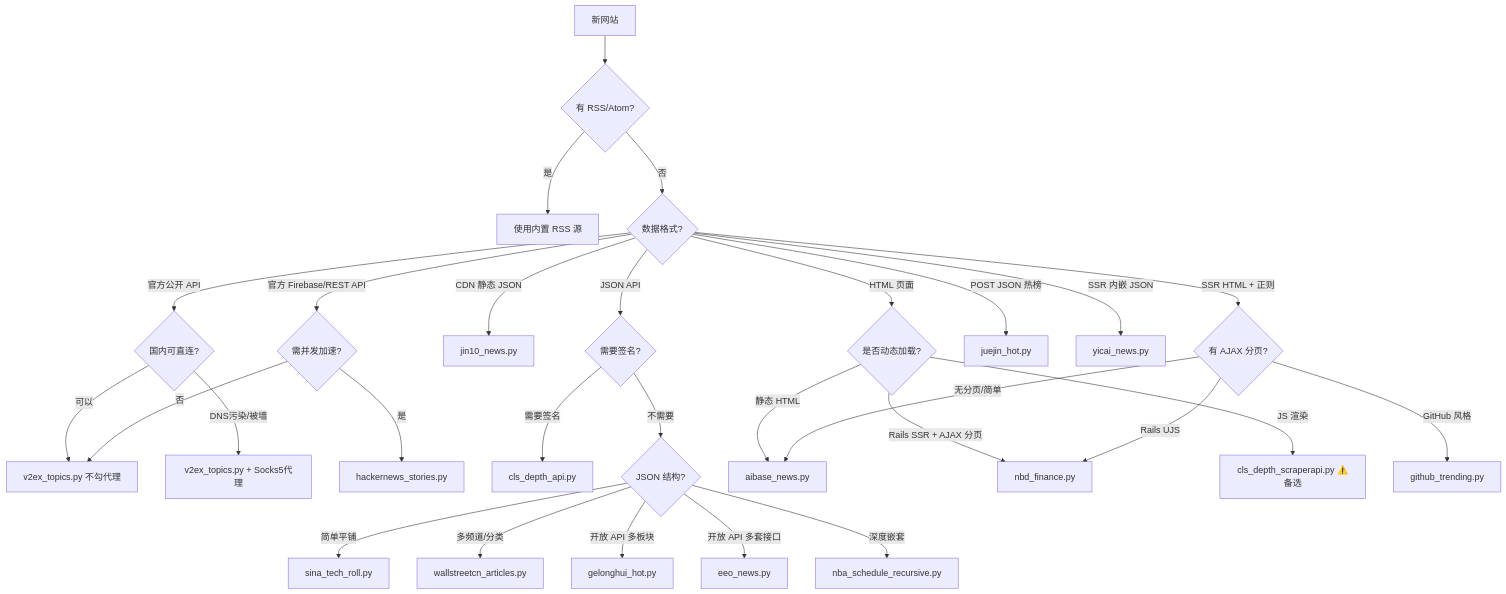
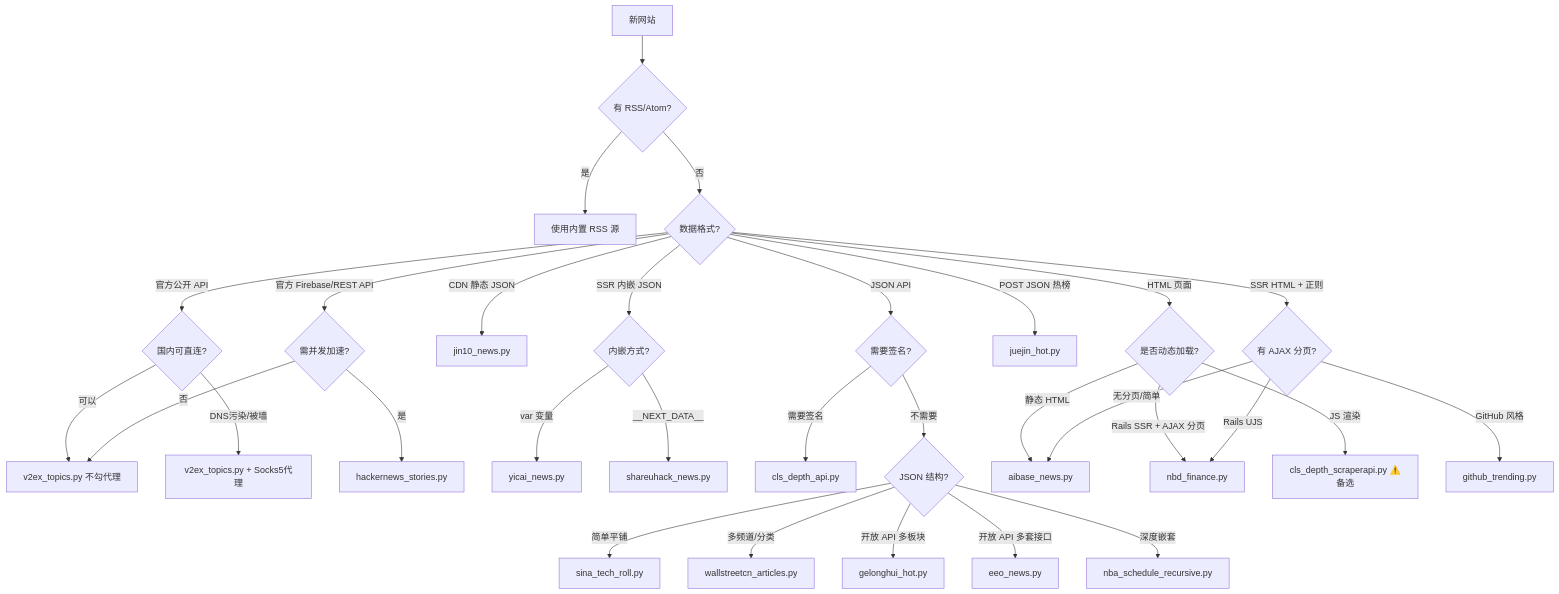
One commit to sundt/TrendRadar-Plus changed the diagram in .agent/skills/project/create-scraper/create-scraper-SKILL.md. Above: the diagram before and after it, drawn with Mermaid. The commit also changed other lines of this file and 6 other files, not shown here.

````diff
--- a/.agent/skills/project/create-scraper/create-scraper-SKILL.md
+++ b/.agent/skills/project/create-scraper/create-scraper-SKILL.md
@@ -63,31 +65,33 @@
 ```mermaid
 flowchart TD
     Start[新网站] --> Q0{有 RSS/Atom?}
     Q0 -->|是| RSS[使用内置 RSS 源]
     Q0 -->|否| Q1{数据格式?}
     Q1 -->|JSON API| Q2{需要签名?}
     Q1 -->|HTML 页面| Q3{是否动态加载?}
     Q1 -->|CDN 静态 JSON| E6[jin10_news.py]
     Q1 -->|官方公开 API| Q5{国内可直连?}
     Q5 -->|可以| E7[v2ex_topics.py 不勾代理]
     Q5 -->|DNS污染/被墙| E7b[v2ex_topics.py + Socks5代理]
     Q1 -->|官方 Firebase/REST API| Q6{需并发加速?}
     Q6 -->|是| E10[hackernews_stories.py]
     Q6 -->|否| E7
     Q1 -->|POST JSON 热榜| E11[juejin_hot.py]
-    Q1 -->|SSR 内嵌 JSON| E15[yicai_news.py]
+    Q1 -->|SSR 内嵌 JSON| Q8{内嵌方式?}
+    Q8 -->|var 变量| E15[yicai_news.py]
+    Q8 -->|__NEXT_DATA__| E16[shareuhack_news.py]
     Q2 -->|需要签名| E8[cls_depth_api.py]
     Q2 -->|不需要| Q4{JSON 结构?}
     Q4 -->|简单平铺| E1[sina_tech_roll.py]
     Q4 -->|多频道/分类| E2[wallstreetcn_articles.py]
     Q4 -->|开放 API 多板块| E9[gelonghui_hot.py]
     Q4 -->|开放 API 多套接口| E14[eeo_news.py]
     Q4 -->|深度嵌套| E3[nba_schedule_recursive.py]
     Q3 -->|静态 HTML| E4[aibase_news.py]
     Q3 -->|Rails SSR + AJAX 分页| E12[nbd_finance.py]
     Q3 -->|JS 渲染| E5[cls_depth_scraperapi.py ⚠️备选]
     Q1 -->|SSR HTML + 正则| Q7{有 AJAX 分页?}
     Q7 -->|Rails UJS| E12
     Q7 -->|无分页/简单| E4
     Q7 -->|GitHub 风格| E13[github_trending.py]
 ```
````
